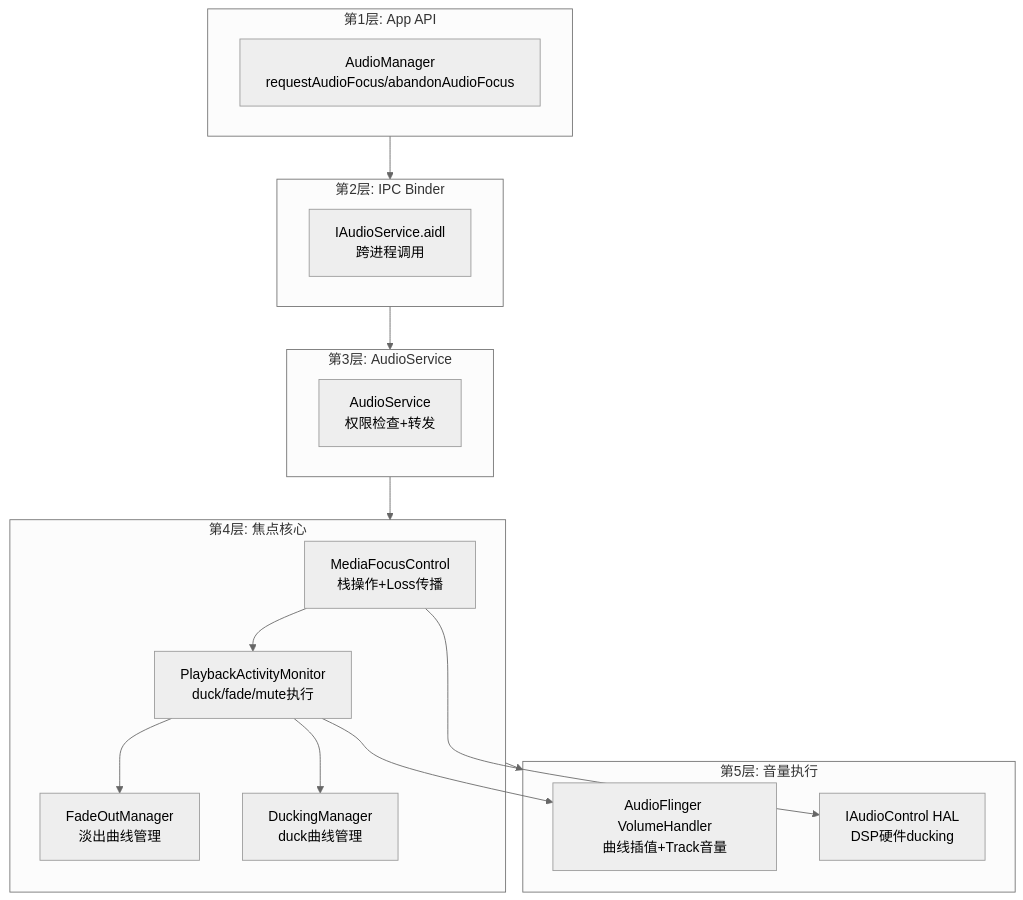
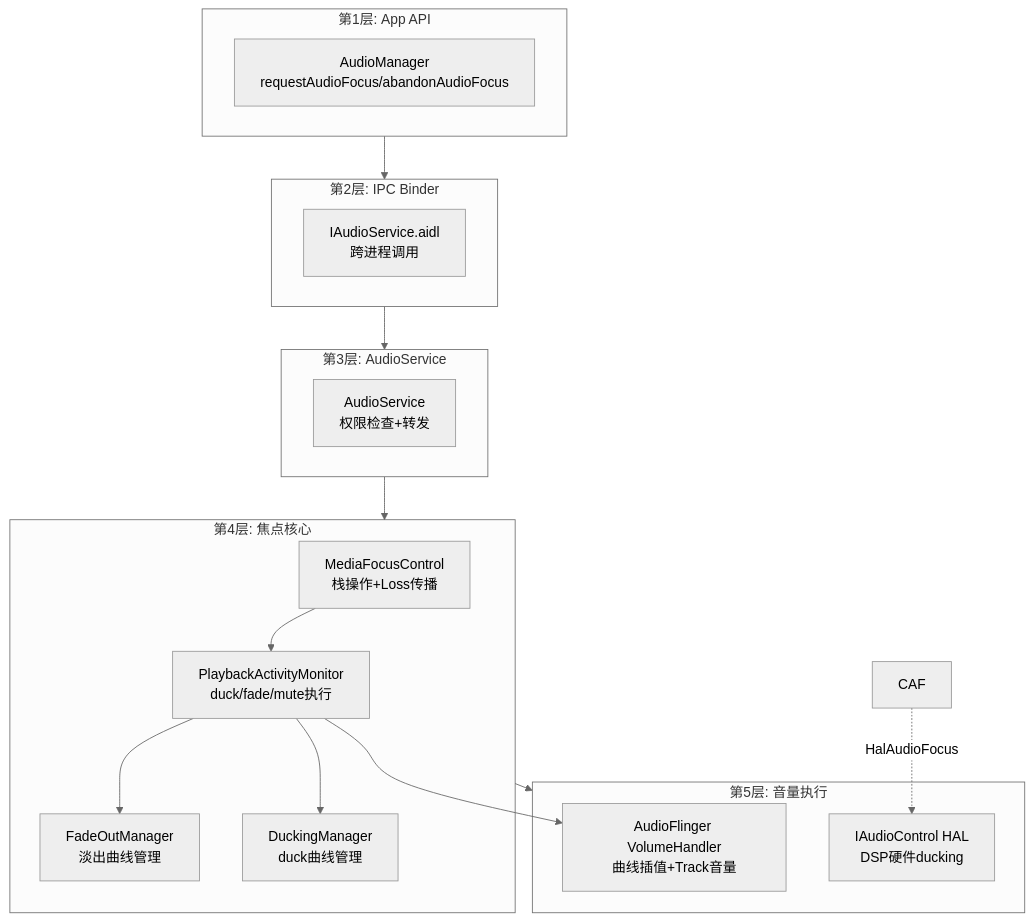
The fourth of 4 diagrams in 12_Audio_Focus_Deep_Dive/12_12.8_Audio_Focus全栈调用链.md (yanglinzhen1022/SA8295_AAOS_QNX_Audio_KnowledgeBase), drawn with Mermaid (neutral theme) before and after one commit. The commit also changed other lines of this file and 14 other files, not shown here.

````diff
--- a/12_Audio_Focus_Deep_Dive/12_12.8_Audio_Focus全栈调用链.md
+++ b/12_Audio_Focus_Deep_Dive/12_12.8_Audio_Focus全栈调用链.md
@@ -81,29 +82,29 @@
 ```mermaid
 flowchart TB
     subgraph L1[第1层: App API]
         AM[AudioManager<br>requestAudioFocus/abandonAudioFocus]
     end
     subgraph L2[第2层: IPC Binder]
         IAS[IAudioService.aidl<br>跨进程调用]
     end
     subgraph L3[第3层: AudioService]
         AS[AudioService<br>权限检查+转发]
     end
     subgraph L4[第4层: 焦点核心]
         MFC[MediaFocusControl<br>栈操作+Loss传播]
         PAM[PlaybackActivityMonitor<br>duck/fade/mute执行]
         FOM[FadeOutManager<br>淡出曲线管理]
         DM[DuckingManager<br>duck曲线管理]
     end
     subgraph L5[第5层: 音量执行]
         AF[AudioFlinger VolumeHandler<br>曲线插值+Track音量]
         HAL[IAudioControl HAL<br>DSP硬件ducking]
     end
 
     L1 --> L2 --> L3 --> L4 --> L5
     MFC --> PAM
     PAM --> FOM
     PAM --> DM
     PAM --> AF
-    MFC --> HAL
+    CAF -.->|HalAudioFocus| HAL
 ```
````
